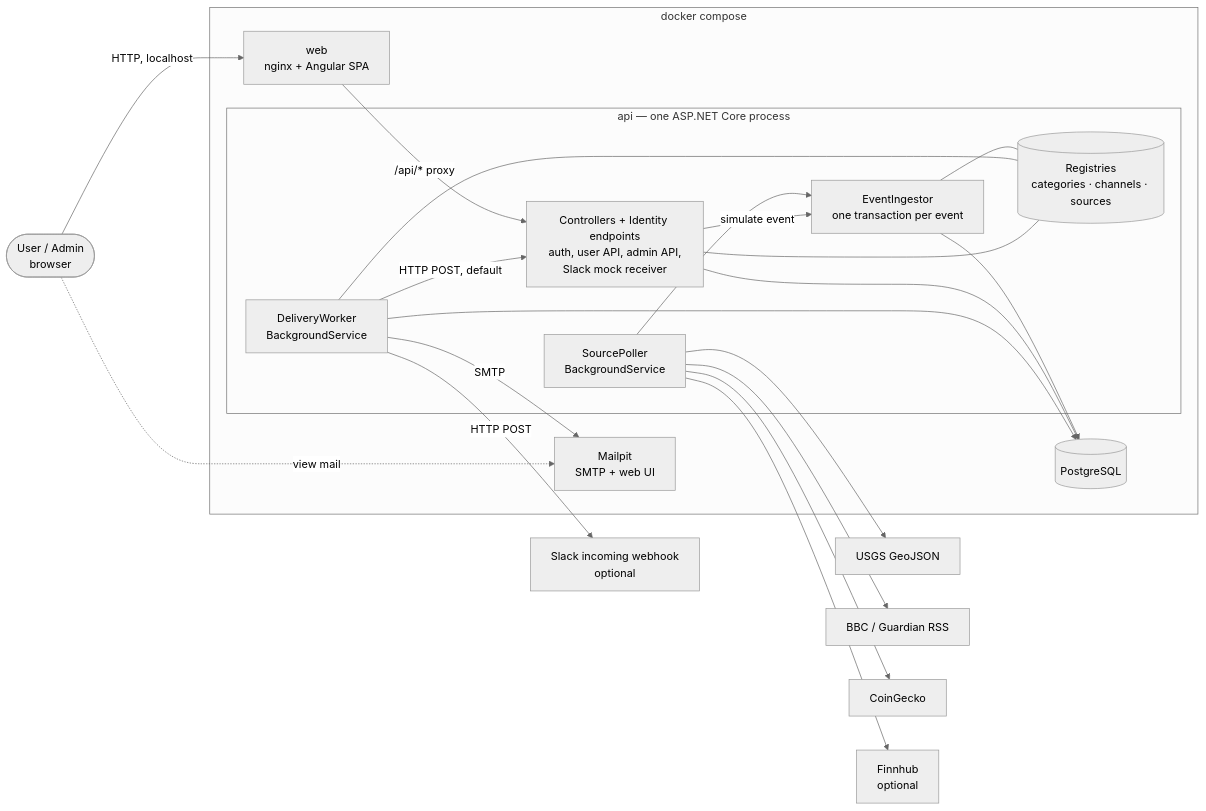
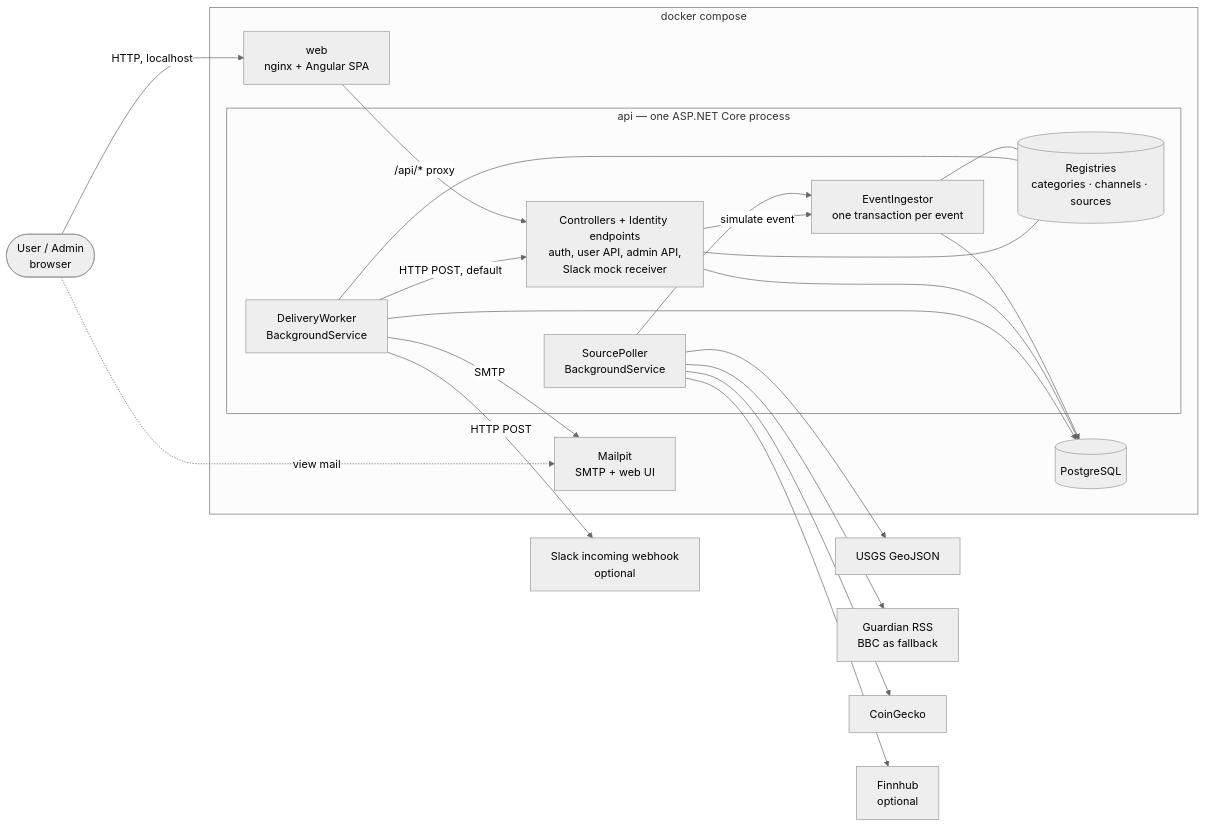
The first of 3 diagrams in docs/architecture.md (kdieselm/sonrisa), drawn with Mermaid (neutral theme) before and after one commit. The commit also changed other lines of this file and 70 other files, not shown here.

````diff
--- a/docs/architecture.md
+++ b/docs/architecture.md
@@ -10,37 +10,37 @@
 ```mermaid
 flowchart LR
     user([User / Admin<br/>browser])
 
     subgraph compose[docker compose]
         web[web<br/>nginx + Angular SPA]
         subgraph api[api — one ASP.NET Core process]
             endpoints[Controllers + Identity endpoints<br/>auth, user API, admin API,<br/>Slack mock receiver]
             poller[SourcePoller<br/>BackgroundService]
             ingest[EventIngestor<br/>one transaction per event]
             worker[DeliveryWorker<br/>BackgroundService]
             registries[(Registries<br/>categories · channels · sources)]
         end
         db[(PostgreSQL)]
         mailpit[Mailpit<br/>SMTP + web UI]
     end
 
     usgs[USGS GeoJSON]
-    rss[BBC / Guardian RSS]
+    rss[Guardian RSS<br/>BBC as fallback]
     cg[CoinGecko]
     fh[Finnhub<br/>optional]
     slack[Slack incoming webhook<br/>optional]
 
     user -->|HTTP, localhost| web
     web -->|/api/* proxy| endpoints
     user -.->|view mail| mailpit
     poller --> usgs & rss & cg & fh
     poller --> ingest
     endpoints -->|simulate event| ingest
     ingest --> db
     endpoints --> db
     worker --> db
     worker -->|SMTP| mailpit
     worker -->|HTTP POST| slack
     worker -->|HTTP POST, default| endpoints
     ingest & worker & endpoints --- registries
 ```
````
